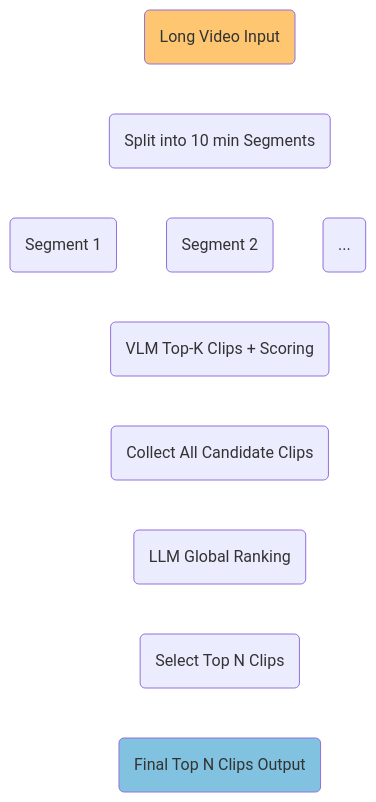
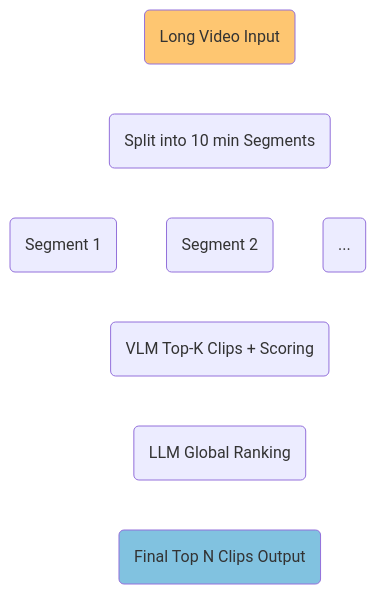
One commit to ITSAIDI/ClipMind changed the third of 3 diagrams in brainstorming.md. Above: the diagram before and after it, drawn with Mermaid. The commit also changed 7 other files, not shown here.

````diff
--- a/brainstorming.md
+++ b/brainstorming.md
@@ -58,24 +58,21 @@
 ```mermaid
 flowchart TD
     A(Long Video Input) --> B(Split into 10 min Segments)
 
     B --> C1(Segment 1)
     B --> C2(Segment 2)
     B --> C3(...)
 
     C1 --> D1(VLM Top-K Clips + Scoring)
     C2 --> D1(VLM Top-K Clips + Scoring)
     C3 --> D1(VLM Top-K Clips + Scoring)
 
-    D1 --> E(Collect All Candidate Clips)
+    D1 --> E(LLM Global Ranking)
 
-    E --> F(LLM Global Ranking)
+    E --> F(Final Top N Clips Output)
 
-    F --> G(Select Top N Clips)
-
-    G --> H(Final Top N Clips Output)
 
     linkStyle default stroke:#ffff,stroke-width:2px
     style A fill:#FEC671
-    style H fill:#81C2E0
+    style F fill:#81C2E0
 ```
````
